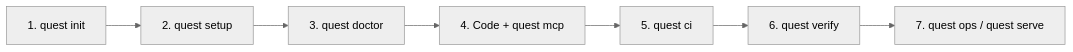
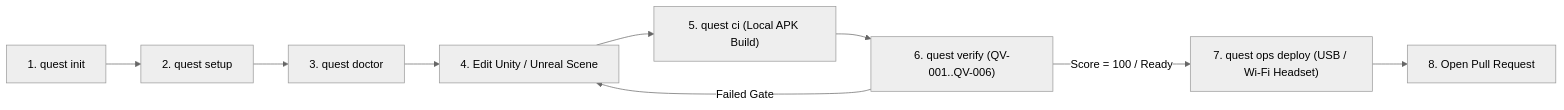
Before and after one commit to sweengineeringlabs/questforge: the second of 9 diagrams in docs/3-design/developer_workflow.md, drawn with Mermaid (neutral theme). The commit also changed other lines of this file, not shown here.

Commit message:
docs(design): add mermaid diagrams and workflows for all actors

````diff
--- a/docs/3-design/developer_workflow.md
+++ b/docs/3-design/developer_workflow.md
@@ -9,9 +78,11 @@
 ```mermaid
 flowchart LR
-    Init["1. quest init"] --> Setup["2. quest setup"]
-    Setup --> Doctor["3. quest doctor"]
-    Doctor --> Code["4. Code + quest mcp"]
-    Code --> CI["5. quest ci"]
-    CI --> Verify["6. quest verify"]
-    Verify --> Ops["7. quest ops / quest serve"]
+    A["1. quest init"] --> B["2. quest setup"]
+    B --> C["3. quest doctor"]
+    C --> D["4. Edit Unity / Unreal Scene"]
+    D --> E["5. quest ci (Local APK Build)"]
+    E --> F["6. quest verify (QV-001..QV-006)"]
+    F -->|"Score = 100 / Ready"| G["7. quest ops deploy (USB / Wi-Fi Headset)"]
+    F -->|"Failed Gate"| D
+    G --> H["8. Open Pull Request"]
 ```
````
